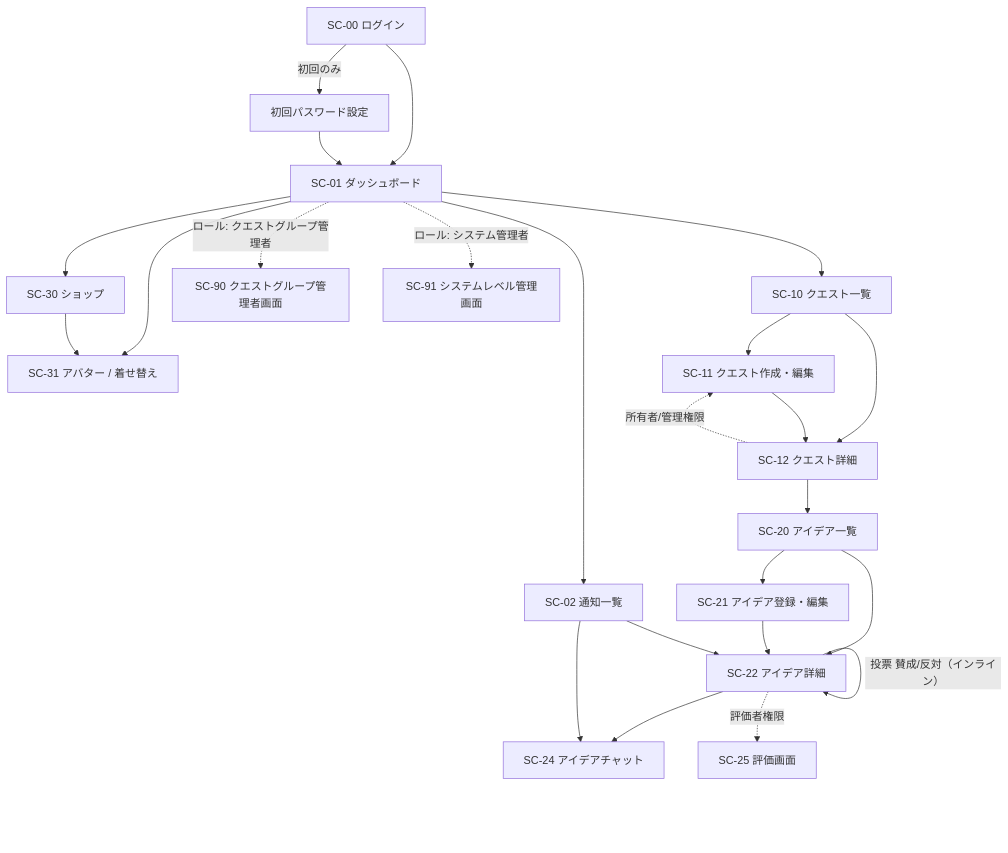
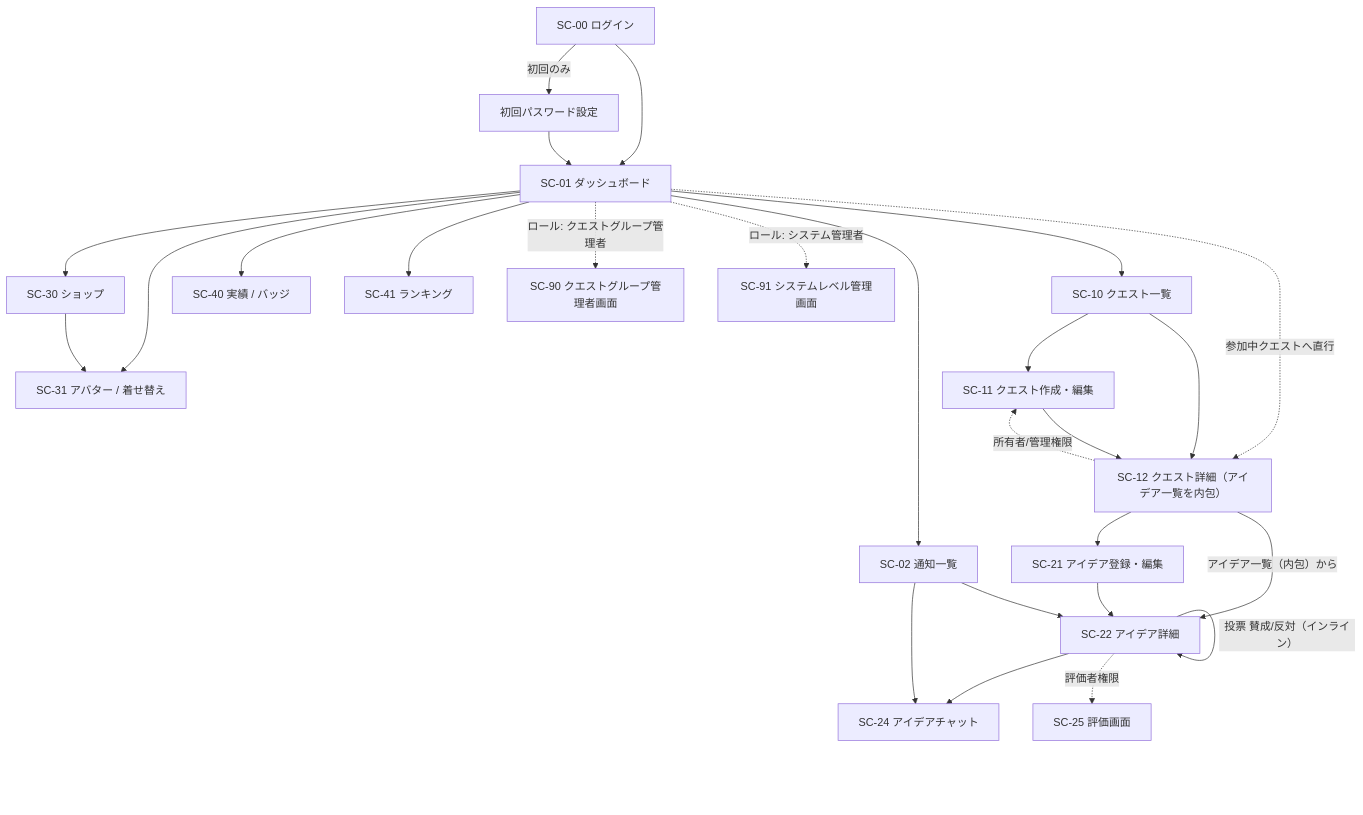
Before and after one commit to t-umekawa-sc/sc-ideaquest-G2: the diagram in doc/画面設計/画面遷移図.md, drawn with Mermaid. The commit also changed other lines of this file and 2 other files, not shown here.

First line of the commit message:
画面遷移図を確定（アイデア一覧内包・クエスト直行・実績/ランキング追加）

````diff
--- a/doc/画面設計/画面遷移図.md
+++ b/doc/画面設計/画面遷移図.md
@@ -34,33 +36,34 @@
 ```mermaid
 flowchart TD
     LOGIN["SC-00 ログイン"] -->|"初回のみ"| PWSET["初回パスワード設定"]
     LOGIN --> DASH["SC-01 ダッシュボード"]
     PWSET --> DASH
 
     DASH --> QLIST["SC-10 クエスト一覧"]
+    DASH -. "参加中クエストへ直行" .-> QDETAIL["SC-12 クエスト詳細（アイデア一覧を内包）"]
     DASH --> SHOP["SC-30 ショップ"]
     DASH --> AVATAR["SC-31 アバター / 着せ替え"]
     DASH --> NOTIF["SC-02 通知一覧"]
+    DASH --> ACHIEVE["SC-40 実績 / バッジ"]
+    DASH --> RANK["SC-41 ランキング"]
     DASH -. "ロール: クエストグループ管理者" .-> QGADMIN["SC-90 クエストグループ管理者画面"]
     DASH -. "ロール: システム管理者" .-> SYSADMIN["SC-91 システムレベル管理画面"]
 
     QLIST --> QNEW["SC-11 クエスト作成・編集"]
-    QLIST --> QDETAIL["SC-12 クエスト詳細"]
+    QLIST --> QDETAIL
     QNEW --> QDETAIL
 
-    QDETAIL --> ILIST["SC-20 アイデア一覧"]
+    QDETAIL -->|"アイデア一覧（内包）から"| IDETAIL["SC-22 アイデア詳細"]
+    QDETAIL --> INEW["SC-21 アイデア登録・編集"]
     QDETAIL -. "所有者/管理権限" .-> QNEW
-
-    ILIST --> INEW["SC-21 アイデア登録・編集"]
-    ILIST --> IDETAIL["SC-22 アイデア詳細"]
     INEW --> IDETAIL
 
     IDETAIL -->|"投票 賛成/反対（インライン）"| IDETAIL
     IDETAIL --> CHAT["SC-24 アイデアチャット"]
     IDETAIL -. "評価者権限" .-> EVAL["SC-25 評価画面"]
 
     SHOP --> AVATAR
 
     NOTIF --> IDETAIL
     NOTIF --> CHAT
 ```
````
